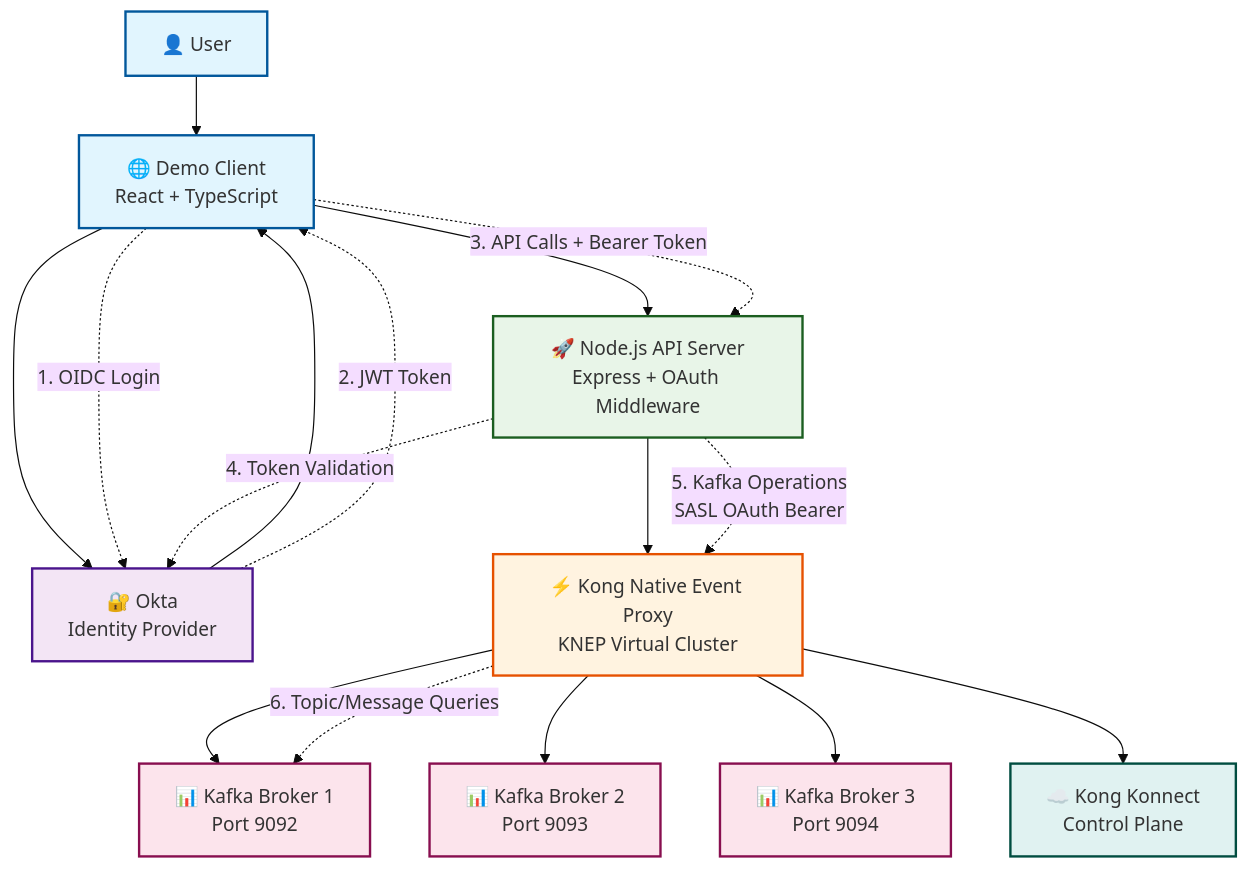
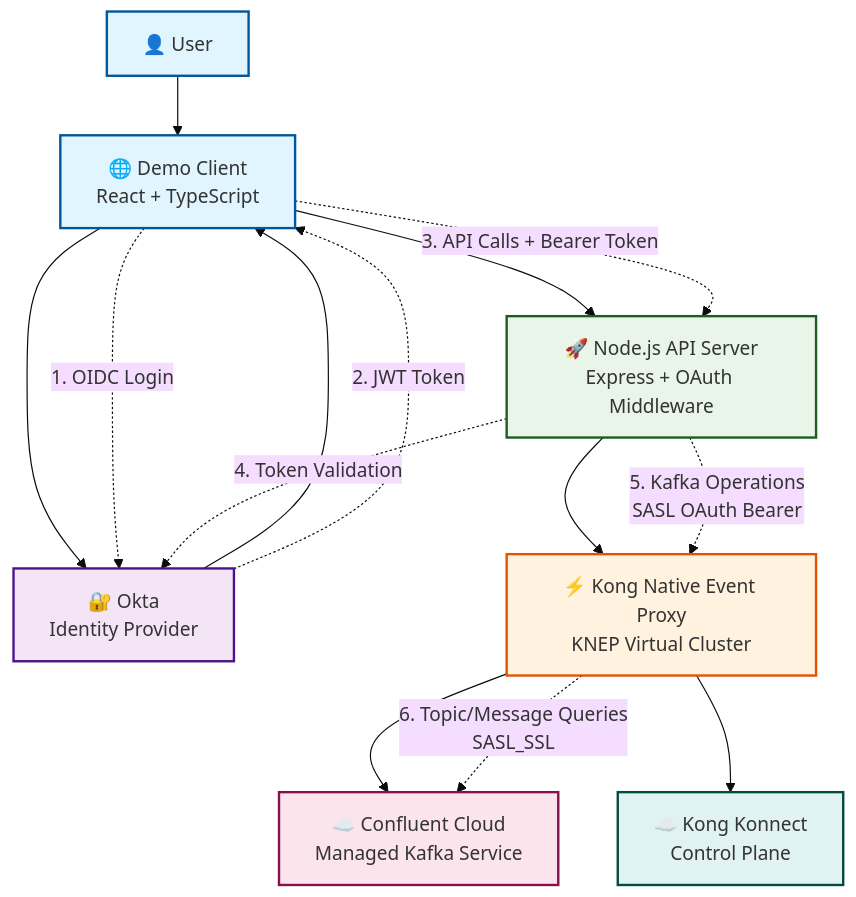
Before and after one commit to hguerrero/kong-event-gw-okta-demo: the first of 5 diagrams in README.md, drawn with Mermaid (base theme). The commit also changed other lines of this file and 1 other file, not shown here.

Commit message:
update to reflect confluent cloud

````diff
--- a/README.md
+++ b/README.md
@@ -18,46 +18,44 @@
 ```mermaid
 graph TB
     %% User and Client Layer
     User[👤 User] --> DemoClient[🌐 Demo Client<br/>React + TypeScript]
 
     %% Authentication Flow
     DemoClient --> Okta[🔐 Okta<br/>Identity Provider]
     Okta --> DemoClient
 
     %% API Gateway Layer
     DemoClient --> APIServer[🚀 Node.js API Server<br/>Express + OAuth Middleware]
 
     %% Kong Native Event Proxy Layer
     APIServer --> KNEP[⚡ Kong Native Event Proxy<br/>KNEP Virtual Cluster]
 
-    %% Kafka Cluster
-    KNEP --> Kafka1[📊 Kafka Broker 1<br/>Port 9092]
-    KNEP --> Kafka2[📊 Kafka Broker 2<br/>Port 9093]
-    KNEP --> Kafka3[📊 Kafka Broker 3<br/>Port 9094]
+    %% Confluent Cloud
+    KNEP --> ConfluentCloud[☁️ Confluent Cloud<br/>Managed Kafka Service]
 
     %% Kong Konnect Management
     KNEP --> KongKonnect[☁️ Kong Konnect<br/>Control Plane]
 
     %% Data Flow Annotations
     DemoClient -.->|"1. OIDC Login"| Okta
     Okta -.->|"2. JWT Token"| DemoClient
     DemoClient -.->|"3. API Calls + Bearer Token"| APIServer
     APIServer -.->|"4. Token Validation"| Okta
     APIServer -.->|"5. Kafka Operations<br/>SASL OAuth Bearer"| KNEP
-    KNEP -.->|"6. Topic/Message Queries"| Kafka1
+    KNEP -.->|"6. Topic/Message Queries<br/>SASL_SSL"| ConfluentCloud
 
     %% Styling
     classDef userLayer fill:#e1f5fe,stroke:#01579b,stroke-width:2px
     classDef authLayer fill:#f3e5f5,stroke:#4a148c,stroke-width:2px
     classDef appLayer fill:#e8f5e8,stroke:#1b5e20,stroke-width:2px
     classDef proxyLayer fill:#fff3e0,stroke:#e65100,stroke-width:2px
-    classDef kafkaLayer fill:#fce4ec,stroke:#880e4f,stroke-width:2px
+    classDef cloudLayer fill:#fce4ec,stroke:#880e4f,stroke-width:2px
     classDef mgmtLayer fill:#e0f2f1,stroke:#004d40,stroke-width:2px
 
     class User,DemoClient userLayer
     class Okta authLayer
     class APIServer appLayer
     class KNEP proxyLayer
-    class Kafka1,Kafka2,Kafka3,ZK kafkaLayer
+    class ConfluentCloud cloudLayer
     class KongKonnect mgmtLayer
 ```
````
